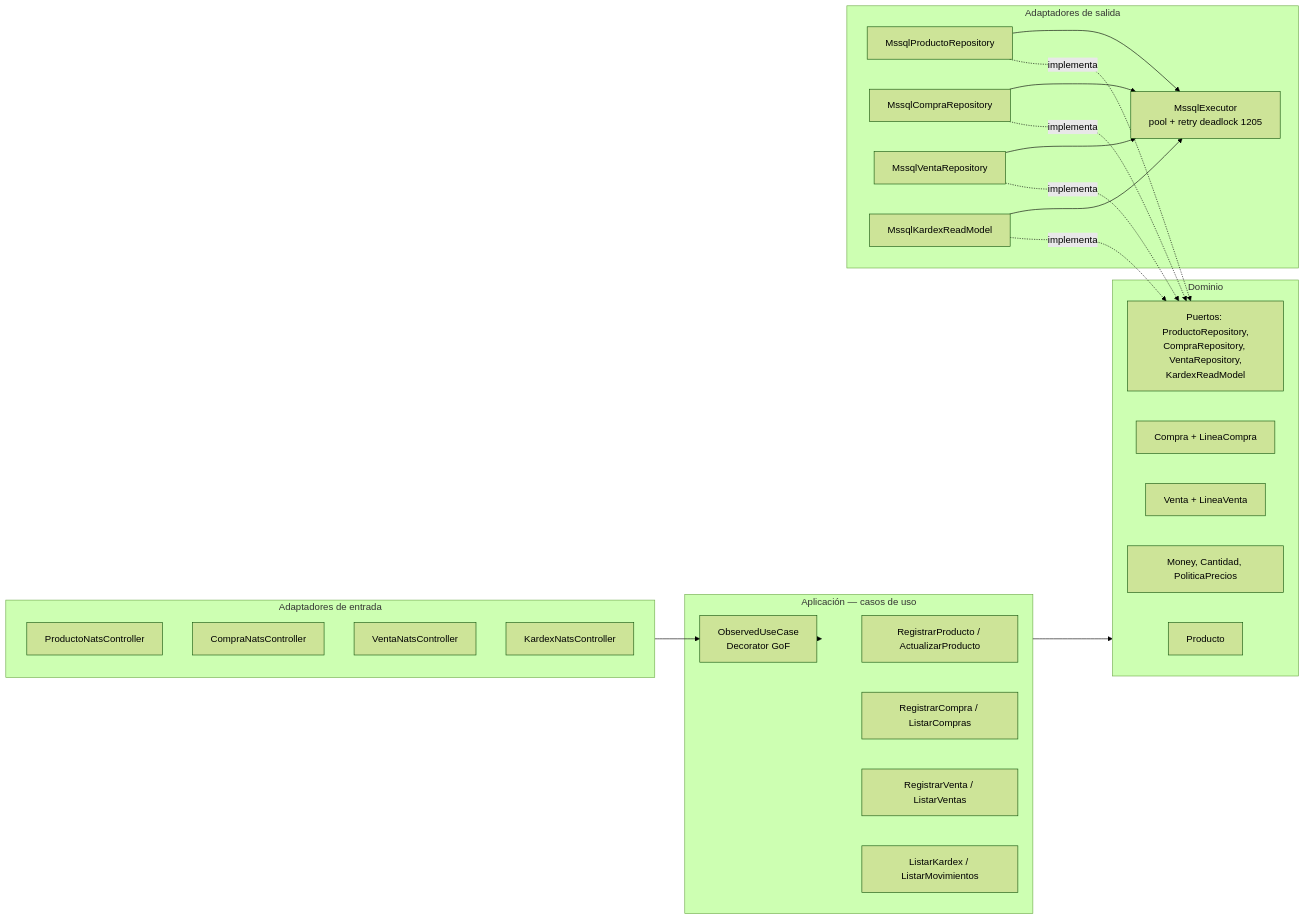
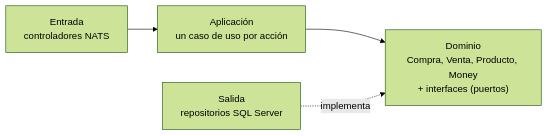
Before and after one commit to Hades0413/hce-insumos-platform: the fourth of 9 diagrams in docs/ARQUITECTURA.md, drawn with Mermaid (forest theme). The commit also changed other lines of this file and 419 other files, not shown here.

````diff
--- a/docs/ARQUITECTURA.md
+++ b/docs/ARQUITECTURA.md
@@ -126,40 +346,6 @@
 ```mermaid
 flowchart LR
-  subgraph IN["Adaptadores de entrada"]
-    c1["ProductoNatsController"]
-    c2["CompraNatsController"]
-    c3["VentaNatsController"]
-    c4["KardexNatsController"]
-  end
-  subgraph APP["Aplicación — casos de uso"]
-    u1["RegistrarProducto / ActualizarProducto"]
-    u2["RegistrarCompra / ListarCompras"]
-    u3["RegistrarVenta / ListarVentas"]
-    u4["ListarKardex / ListarMovimientos"]
-    dec["ObservedUseCase<br/>Decorator GoF"]
-  end
-  subgraph DOM["Dominio"]
-    a1["Producto"]
-    a2["Compra + LineaCompra"]
-    a3["Venta + LineaVenta"]
-    vo["Money, Cantidad, PoliticaPrecios"]
-    p["Puertos: ProductoRepository,<br/>CompraRepository, VentaRepository,<br/>KardexReadModel"]
-  end
-  subgraph OUT["Adaptadores de salida"]
-    r1["MssqlProductoRepository"]
-    r2["MssqlCompraRepository"]
-    r3["MssqlVentaRepository"]
-    r4["MssqlKardexReadModel"]
-    ex["MssqlExecutor<br/>pool + retry deadlock 1205"]
-  end
-  IN --> dec --> APP
-  APP --> DOM
-  r1 -. implementa .-> p
-  r2 -. implementa .-> p
-  r3 -. implementa .-> p
-  r4 -. implementa .-> p
-  r1 --> ex
-  r2 --> ex
-  r3 --> ex
-  r4 --> ex
+  IN["Entrada<br/>controladores NATS"] --> APP["Aplicación<br/>un caso de uso por acción"]
+  APP --> DOM["Dominio<br/>Compra, Venta, Producto, Money<br/>+ interfaces (puertos)"]
+  OUT["Salida<br/>repositorios SQL Server"] -. implementa .-> DOM
 ```
````
